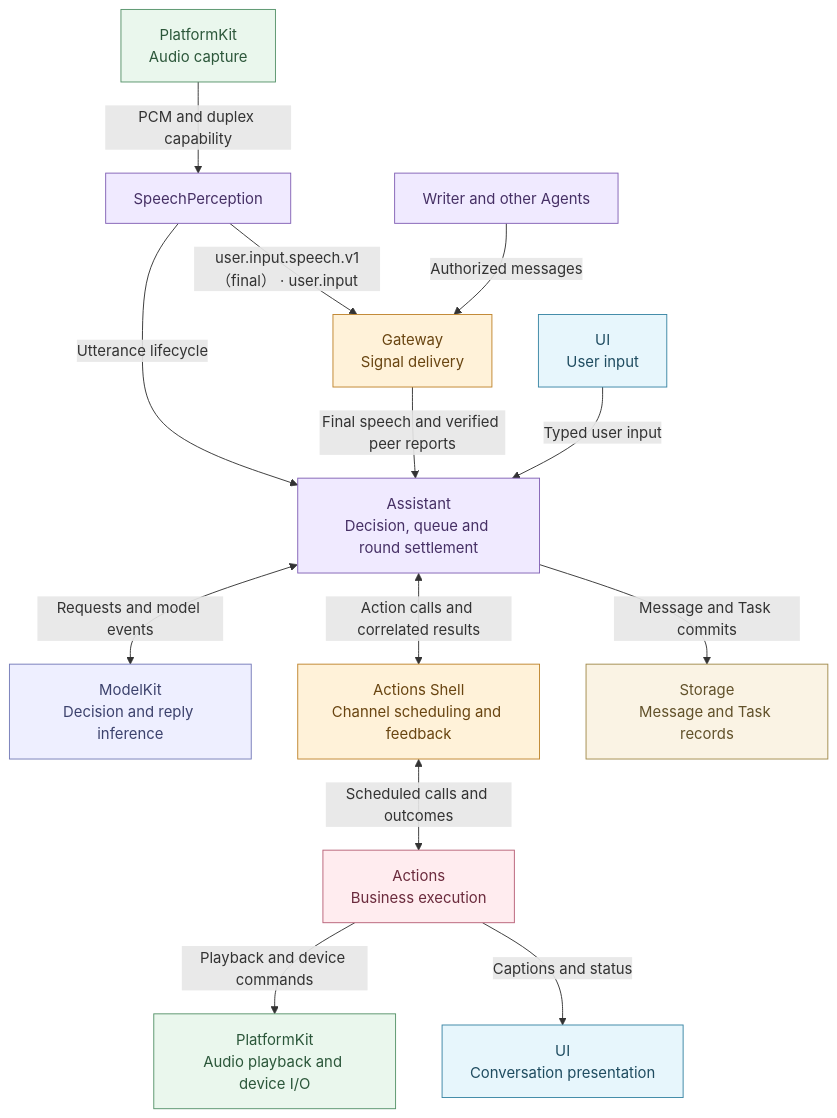
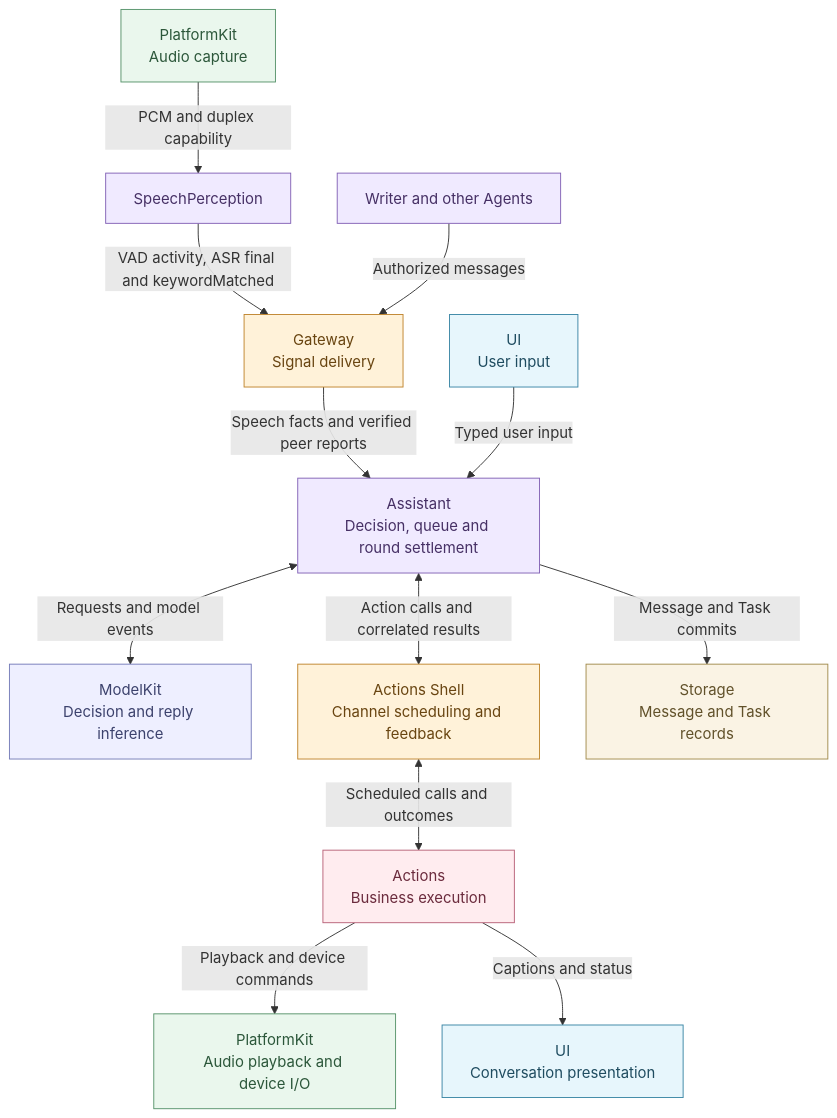
Before and after one commit to devilyouwei/MobileHarness: diagram 18 of 28 in MobileHarness/README.md, drawn with Mermaid. The commit also changed other lines of this file and 79 other files, not shown here.

````diff
--- a/MobileHarness/README.md
+++ b/MobileHarness/README.md
@@ -1142,34 +1148,33 @@
 ```mermaid
 flowchart TB
     Capture["PlatformKit<br/>Audio capture"]:::platform
     Speech["SpeechPerception"]:::agent
     Peers["Writer and other Agents"]:::agent
     Input["UI<br/>User input"]:::ui
     Signals["Gateway<br/>Signal delivery"]:::gateway
     Assistant["Assistant<br/>Decision, queue and round settlement"]:::agent
     Models["ModelKit<br/>Decision and reply inference"]:::model
     Execution["Actions Shell<br/>Channel scheduling and feedback"]:::gateway
     Effects["Actions<br/>Business execution"]:::action
     Device["PlatformKit<br/>Audio playback and device I/O"]:::platform
     Presentation["UI<br/>Conversation presentation"]:::ui
     Records["Storage<br/>Message and Task records"]:::storage
     Capture -->|"PCM and duplex capability"| Speech
-    Speech -->|"Utterance lifecycle"| Assistant
-    Speech -->|"user.input.speech.v1（final） · user.input"| Signals
+    Speech -->|"VAD activity, ASR final and keywordMatched"| Signals
     Peers -->|"Authorized messages"| Signals
-    Signals -->|"Final speech and verified peer reports"| Assistant
+    Signals -->|"Speech facts and verified peer reports"| Assistant
     Input -->|"Typed user input"| Assistant
     Assistant <-->|"Requests and model events"| Models
     Assistant <-->|"Action calls and correlated results"| Execution
     Execution <-->|"Scheduled calls and outcomes"| Effects
     Effects -->|"Playback and device commands"| Device
     Effects -->|"Captions and status"| Presentation
     Assistant -->|"Message and Task commits"| Records
     classDef agent fill:#f0eaff,stroke:#8261b5,color:#463065
     classDef gateway fill:#fff2d9,stroke:#bf842c,color:#694511
     classDef action fill:#ffecef,stroke:#b86178,color:#6b2b3d
     classDef ui fill:#e7f6fc,stroke:#3985a4,color:#1f4c60
     classDef platform fill:#eaf7ed,stroke:#56936a,color:#2c573a
     classDef model fill:#eeefff,stroke:#747bb8,color:#3c426d
     classDef storage fill:#faf3e4,stroke:#a18a4c,color:#61512a
 ```
````
